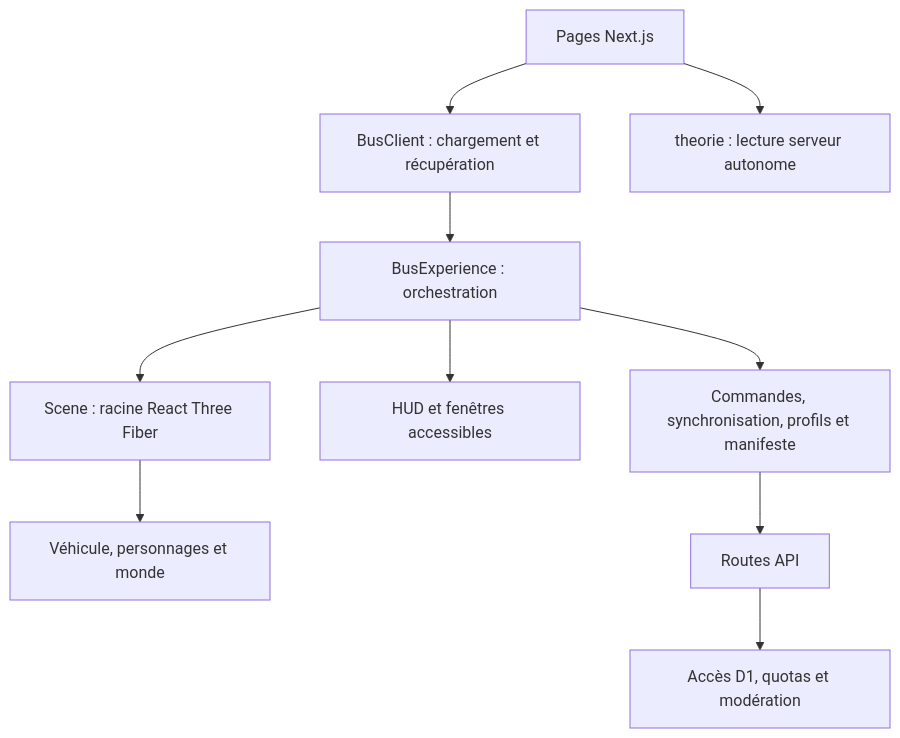
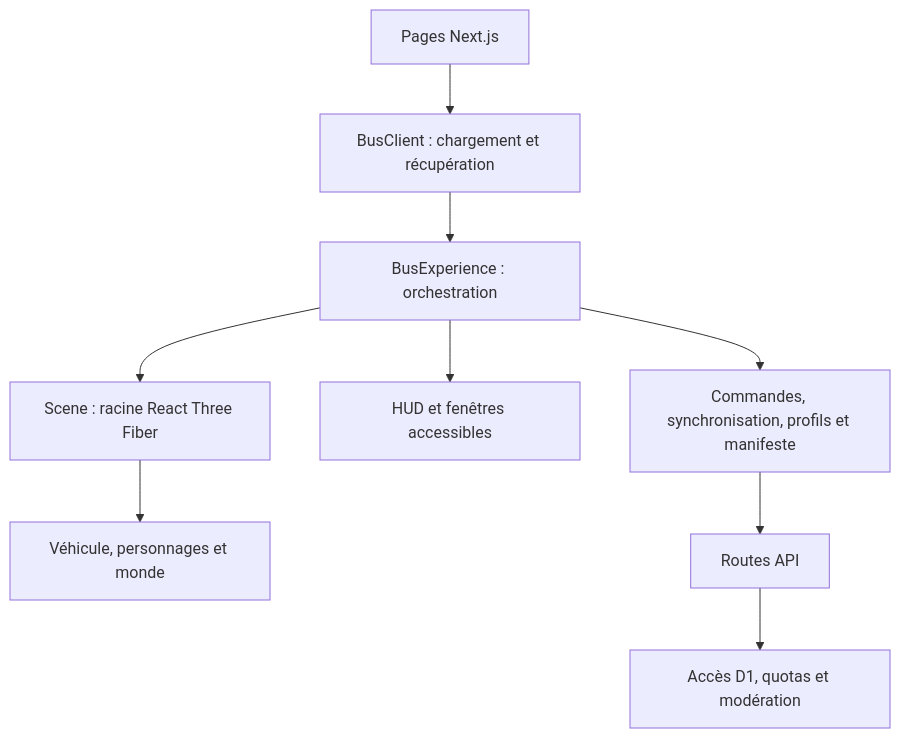
One commit to lesfousdubus-theorie/lesfousdubus changed the diagram in docs/architecture.md. Above: the diagram before and after it, drawn with Mermaid. The commit also changed other lines of this file and 17 other files, not shown here.

````diff
--- a/docs/architecture.md
+++ b/docs/architecture.md
@@ -8,12 +8,11 @@
 ```mermaid
 flowchart TD
   Page[Pages Next.js] --> Loader[BusClient : chargement et récupération]
-  Page --> Reading[theorie : lecture serveur autonome]
   Loader --> Experience[BusExperience : orchestration]
   Experience --> Hooks[Commandes, synchronisation, profils et manifeste]
   Experience --> HUD[HUD et fenêtres accessibles]
   Experience --> Scene[Scene : racine React Three Fiber]
   Scene --> Bus[Véhicule, personnages et monde]
   Hooks --> API[Routes API]
   API --> Server[Accès D1, quotas et modération]
 ```
````
